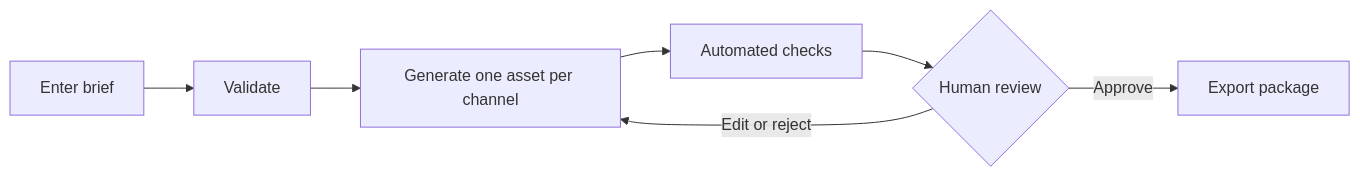
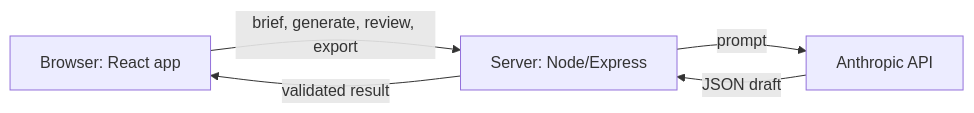
Before and after one commit to ccao-angelo/vertical-campaign-agent: the diagram in README.md, drawn with Mermaid. The commit also changed other lines of this file, not shown here.

````diff
--- a/README.md
+++ b/README.md
@@ -23,9 +52,7 @@
 ```mermaid
 flowchart LR
-  A[Enter brief] --> B[Validate]
-  B --> C[Generate one asset per channel]
-  C --> D[Automated checks]
-  D --> E{Human review}
-  E -- Approve --> F[Export package]
-  E -- Edit or reject --> C
+  A[Browser: React app] -- brief, generate, review, export --> B[Server: Node/Express]
+  B -- prompt --> C[Anthropic API]
+  C -- JSON draft --> B
+  B -- validated result --> A
 ```
````
